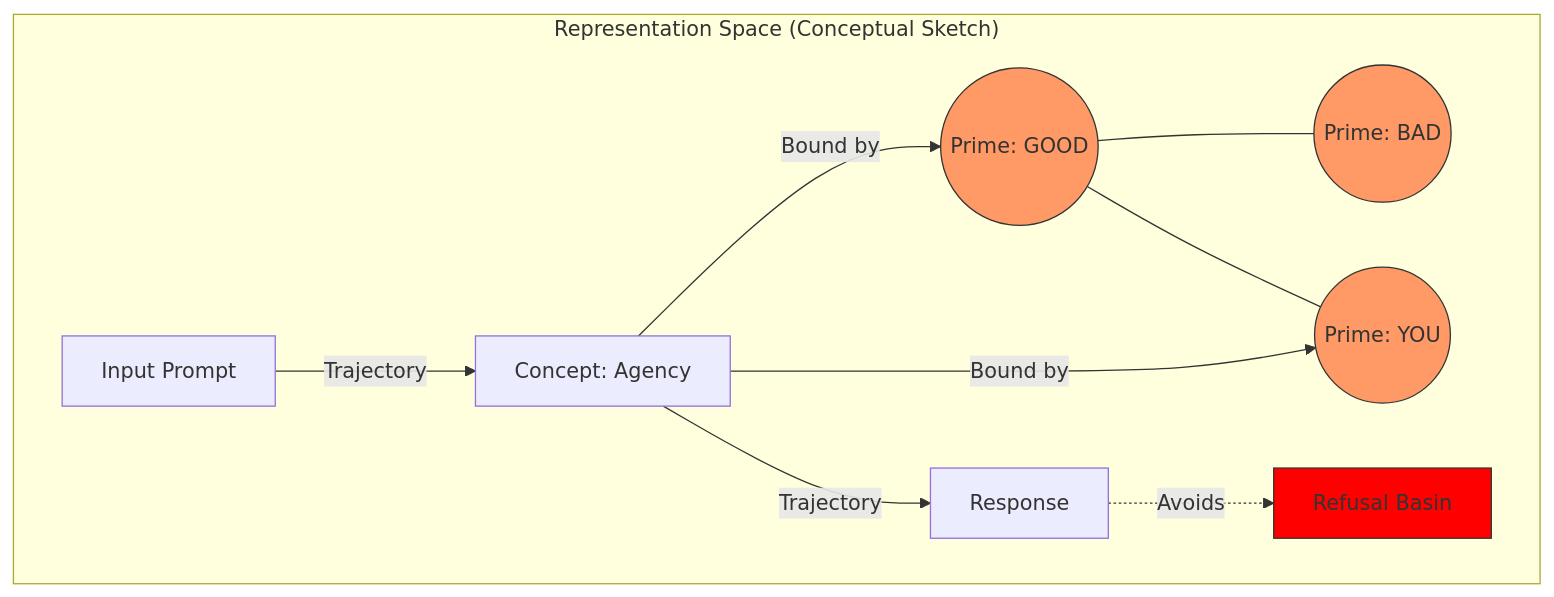
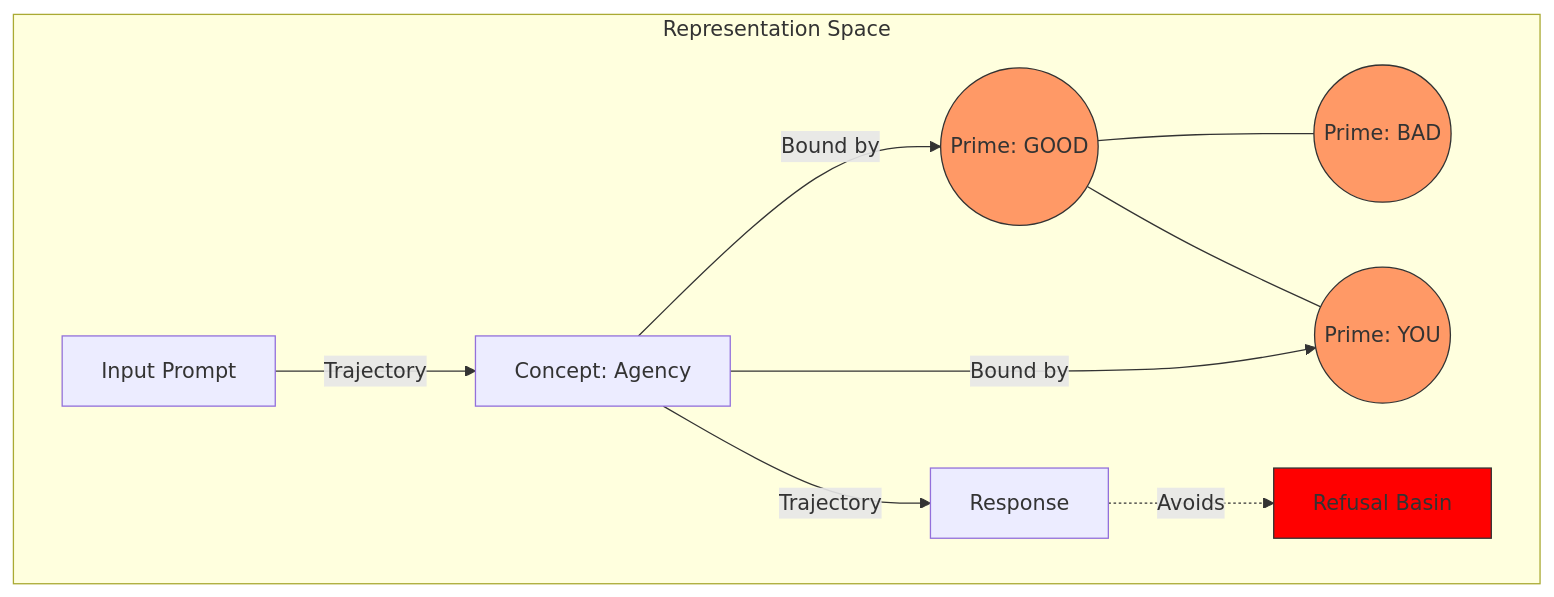
One commit to Ethyros-AI/ModelCypher changed the diagram in papers/paper-0-the-shape-of-knowledge.md. Above: the diagram before and after it, drawn with Mermaid. The commit also changed other lines of this file and 5 other files, not shown here.

````diff
--- a/papers/paper-0-the-shape-of-knowledge.md
+++ b/papers/paper-0-the-shape-of-knowledge.md
@@ -19,20 +19,20 @@
 ```mermaid
 graph TD
-    subgraph "Representation Space (Conceptual Sketch)"
+    subgraph "Representation Space"
         P1((Prime: GOOD)) --- P2((Prime: BAD))
         P1 --- P3((Prime: YOU))
-        
+
         Concept[Concept: Agency] -- Bound by --> P1
         Concept -- Bound by --> P3
-        
+
         Start[Input Prompt] -->|Trajectory| Concept
         Concept -->|Trajectory| Output[Response]
-        
+
         Refusal[Refusal Basin]
         Output -.->|Avoids| Refusal
     end
     style P1 fill:#f96,stroke:#333
     style P2 fill:#f96,stroke:#333
     style P3 fill:#f96,stroke:#333
     style Refusal fill:#f00,stroke:#333
 ```
````
